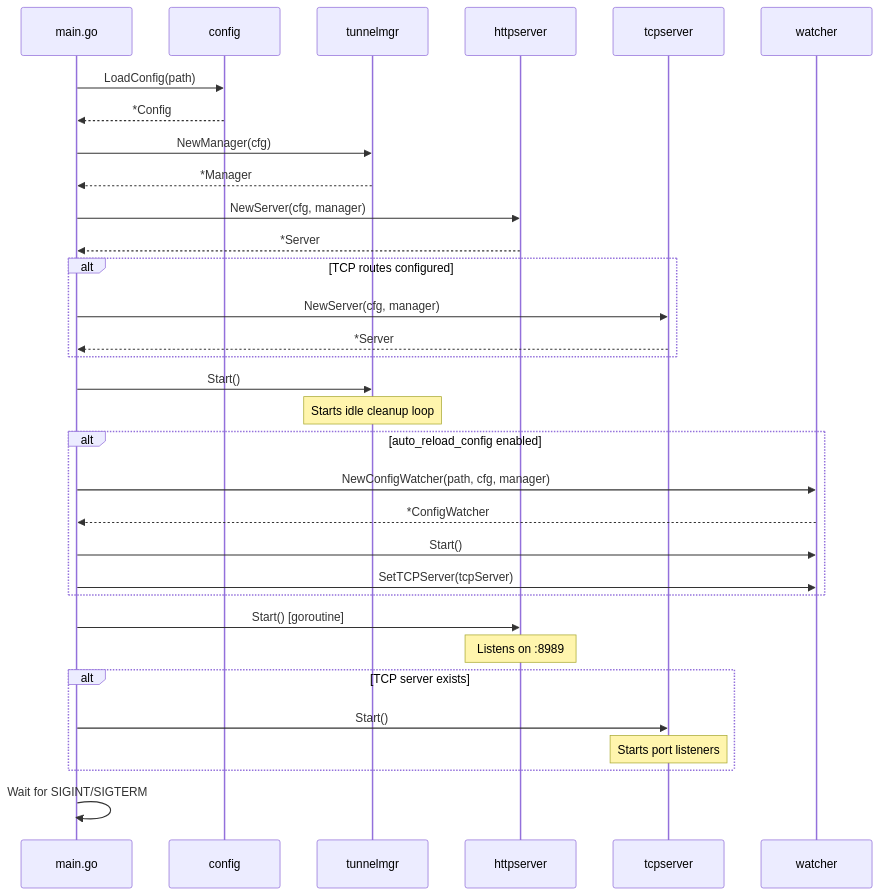
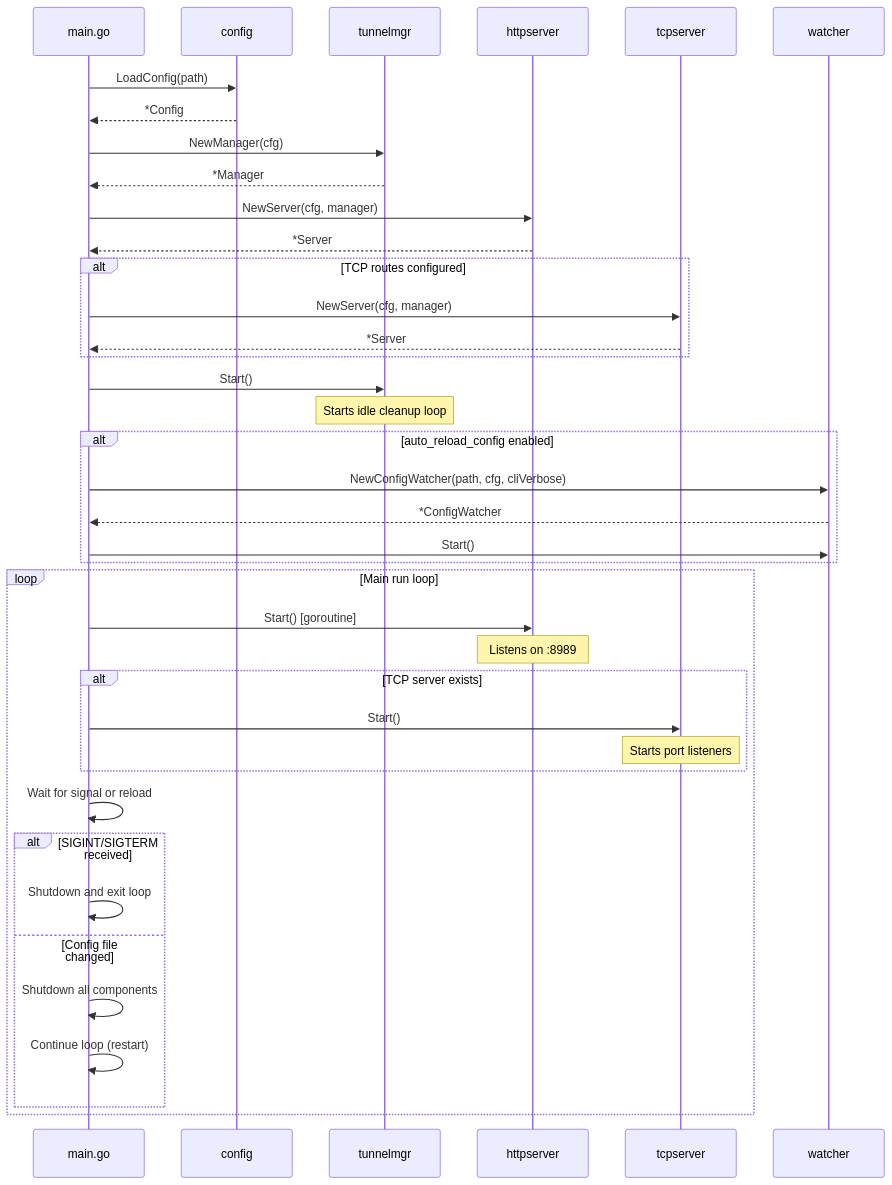
The first of 10 diagrams in internal/README.md (atas/autotunnel), drawn with Mermaid before and after one commit. The commit also changed other lines of this file and 7 other files, not shown here.

````diff
--- a/internal/README.md
+++ b/internal/README.md
@@ -9,43 +9,50 @@
 ```mermaid
 sequenceDiagram
     participant main as main.go
     participant cfg as config
     participant mgr as tunnelmgr
     participant http as httpserver
     participant tcp as tcpserver
     participant watch as watcher
 
     main->>cfg: LoadConfig(path)
     cfg-->>main: *Config
 
     main->>mgr: NewManager(cfg)
     mgr-->>main: *Manager
 
     main->>http: NewServer(cfg, manager)
     http-->>main: *Server
 
     alt TCP routes configured
         main->>tcp: NewServer(cfg, manager)
         tcp-->>main: *Server
     end
 
     main->>mgr: Start()
     Note over mgr: Starts idle cleanup loop
 
     alt auto_reload_config enabled
-        main->>watch: NewConfigWatcher(path, cfg, manager)
+        main->>watch: NewConfigWatcher(path, cfg, cliVerbose)
         watch-->>main: *ConfigWatcher
         main->>watch: Start()
-        main->>watch: SetTCPServer(tcpServer)
     end
 
-    main->>http: Start() [goroutine]
-    Note over http: Listens on :8989
+    loop Main run loop
+        main->>http: Start() [goroutine]
+        Note over http: Listens on :8989
 
-    alt TCP server exists
-        main->>tcp: Start()
-        Note over tcp: Starts port listeners
+        alt TCP server exists
+            main->>tcp: Start()
+            Note over tcp: Starts port listeners
+        end
+
+        main->>main: Wait for signal or reload
+        alt SIGINT/SIGTERM received
+            main->>main: Shutdown and exit loop
+        else Config file changed
+            main->>main: Shutdown all components
+            main->>main: Continue loop (restart)
+        end
     end
-
-    main->>main: Wait for SIGINT/SIGTERM
 ```
````
